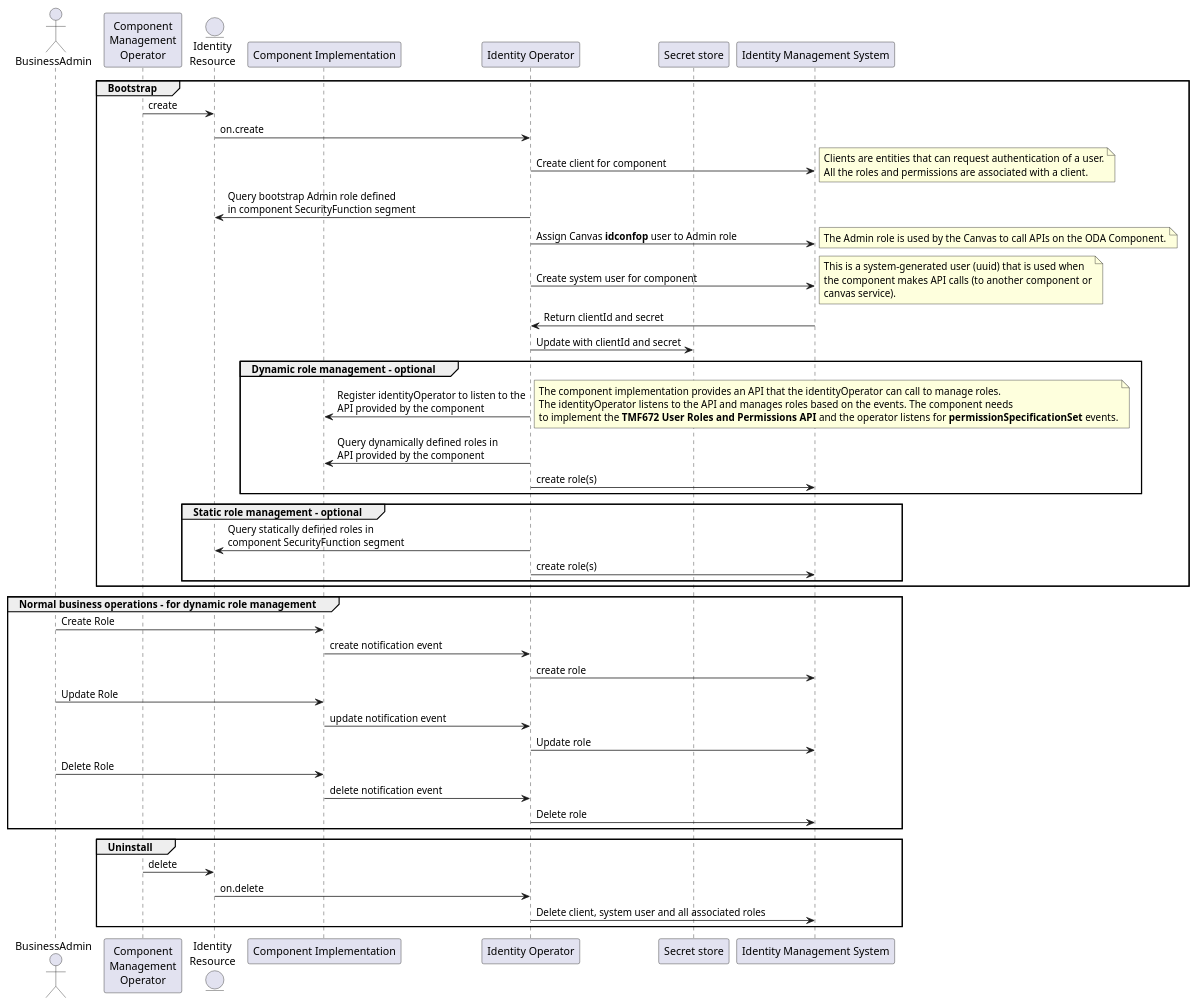
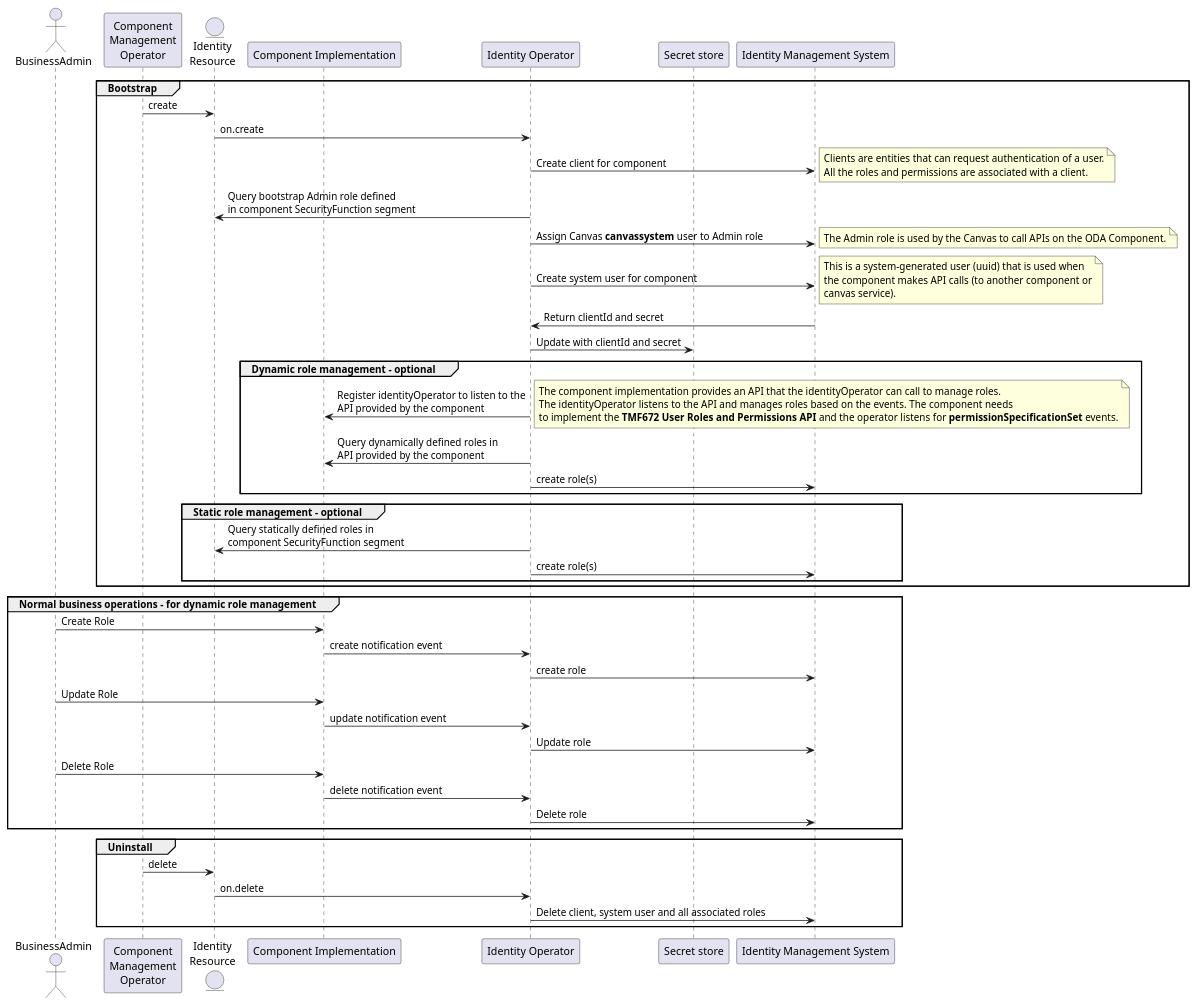
The diagram in usecase-library/pumlFiles/configure-users-and-roles.puml (tmforum-oda/oda-canvas), drawn with PlantUML before and after one commit. The commit also changed 25 other files, not shown here.

Commit message:
Changed idconfop to canvassystem (user in IDM that canvas uses to call component APIs)

```diff
--- a/usecase-library/pumlFiles/configure-users-and-roles.puml
+++ b/usecase-library/pumlFiles/configure-users-and-roles.puml
@@ -1,70 +1,70 @@
 @startuml
 
 actor BusinessAdmin
 participant "Component\nManagement\nOperator" as ComponentOperator
 entity "Identity\nResource" as IdentityResource
 participant "Component Implementation" as ComponentImplementation
 participant "Identity Operator" as identityOperator
 participant "Secret store" as SecretStore
 participant "Identity Management System" as IDM
 
 group Bootstrap
 IdentityResource <- ComponentOperator : create
 
 IdentityResource -> identityOperator: on.create 
 identityOperator -> IDM: Create client for component
 note right
     Clients are entities that can request authentication of a user.
     All the roles and permissions are associated with a client.
 end note
 
 identityOperator -> IdentityResource : Query bootstrap Admin role defined\nin component SecurityFunction segment
-identityOperator -> IDM: Assign Canvas **idconfop** user to Admin role
+identityOperator -> IDM: Assign Canvas **canvassystem** user to Admin role
 note right
     The Admin role is used by the Canvas to call APIs on the ODA Component.
 end note
 
 identityOperator -> IDM: Create system user for component
 note right
     This is a system-generated user (uuid) that is used when
     the component makes API calls (to another component or
     canvas service).
 end note
 identityOperator <- IDM: Return clientId and secret
 identityOperator -> SecretStore: Update with clientId and secret
 
 group Dynamic role management - optional
     identityOperator -> ComponentImplementation: Register identityOperator to listen to the\nAPI provided by the component
     note right
         The component implementation provides an API that the identityOperator can call to manage roles.
         The identityOperator listens to the API and manages roles based on the events. The component needs
         to implement the **TMF672 User Roles and Permissions API** and the operator listens for **permissionSpecificationSet** events.
     end note
     identityOperator -> ComponentImplementation: Query dynamically defined roles in\nAPI provided by the component
     identityOperator -> IDM: create role(s)
 end 
 group Static role management - optional
     identityOperator -> IdentityResource: Query statically defined roles in\ncomponent SecurityFunction segment
     identityOperator -> IDM: create role(s)
 end 
 
 end 
 group Normal business operations - for dynamic role management
     BusinessAdmin -> ComponentImplementation: Create Role
     ComponentImplementation-> identityOperator: create notification event
     identityOperator -> IDM: create role
     BusinessAdmin -> ComponentImplementation: Update Role
     ComponentImplementation-> identityOperator: update notification event
     identityOperator -> IDM: Update role
     BusinessAdmin -> ComponentImplementation: Delete Role
     ComponentImplementation-> identityOperator: delete notification event
     identityOperator -> IDM: Delete role
 end
 
 group Uninstall
     ComponentOperator -> IdentityResource  : delete
     IdentityResource -> identityOperator: on.delete 
     identityOperator -> IDM: Delete client, system user and all associated roles  
 end
 
 @enduml
```
